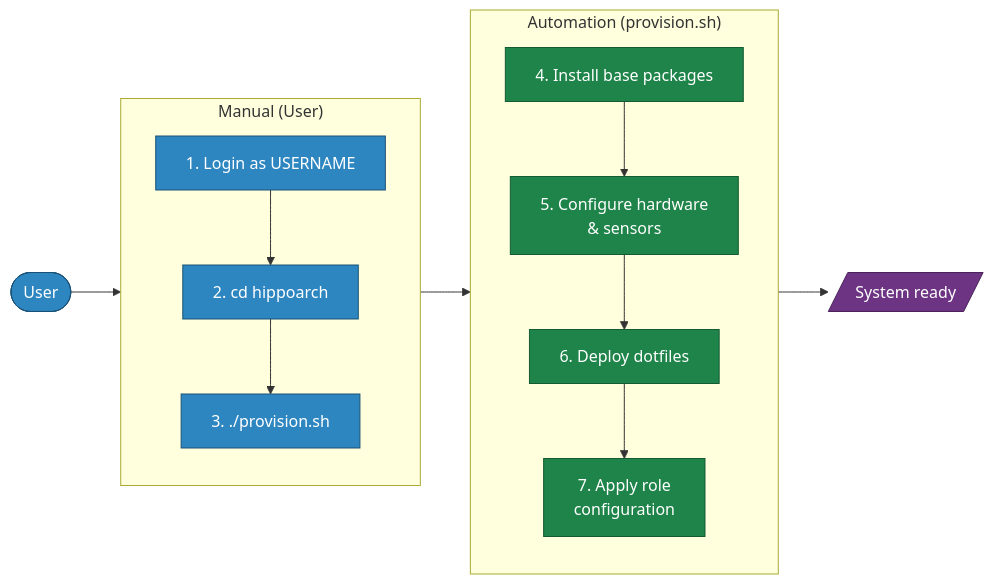
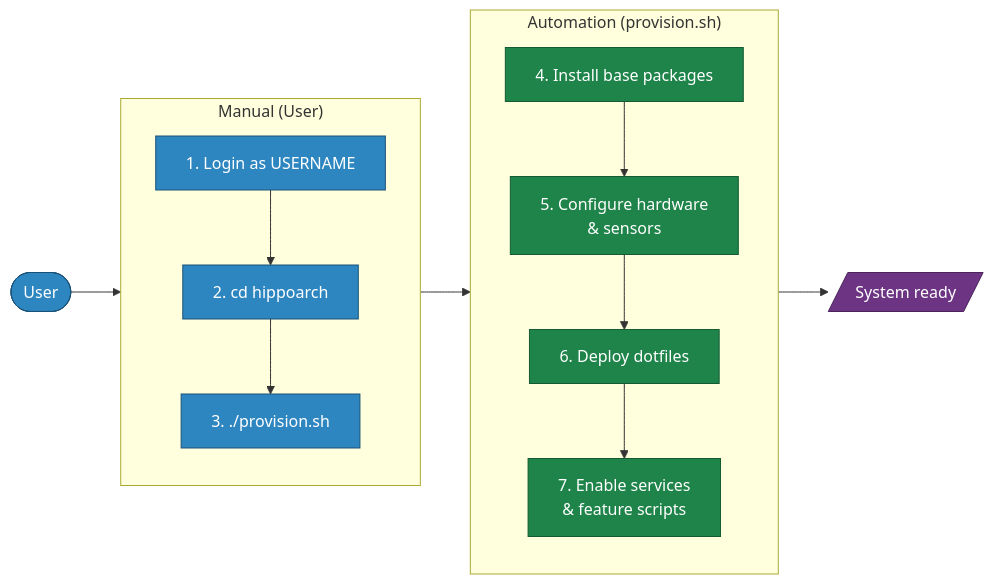
One commit to hipponix/hippoarch changed the second of 2 diagrams in README.md. Above: the diagram before and after it, drawn with Mermaid. The commit also changed other lines of this file and 16 other files, not shown here.

First line of the commit message:
refactor: replace roles with feature flags and SERVICES list (#29)

````diff
--- a/README.md
+++ b/README.md
@@ -140,29 +140,29 @@
 ```mermaid
 flowchart LR
     classDef user    fill:#2E86C1,stroke:#1A5276,color:#fff
     classDef auto    fill:#1E8449,stroke:#145A32,color:#fff
     classDef outcome fill:#6C3483,stroke:#4A235A,color:#fff
 
     User(["User"]):::user
 
     subgraph msteps["Manual (User)"]
         direction TB
         M1["1. Login as USERNAME"]:::user
         M2["2. cd hippoarch"]:::user
         M3["3. ./provision.sh"]:::user
         M1 --> M2 --> M3
     end
 
     subgraph asteps["Automation (provision.sh)"]
         direction TB
         P1["4. Install base packages"]:::auto
         P2["5. Configure hardware\n& sensors"]:::auto
         P3["6. Deploy dotfiles"]:::auto
-        P4["7. Apply role\nconfiguration"]:::auto
+        P4["7. Enable services\n& feature scripts"]:::auto
         P1 --> P2 --> P3 --> P4
     end
 
     Ready[/"System ready"/]:::outcome
 
     User --> msteps --> asteps --> Ready
 ```
````
